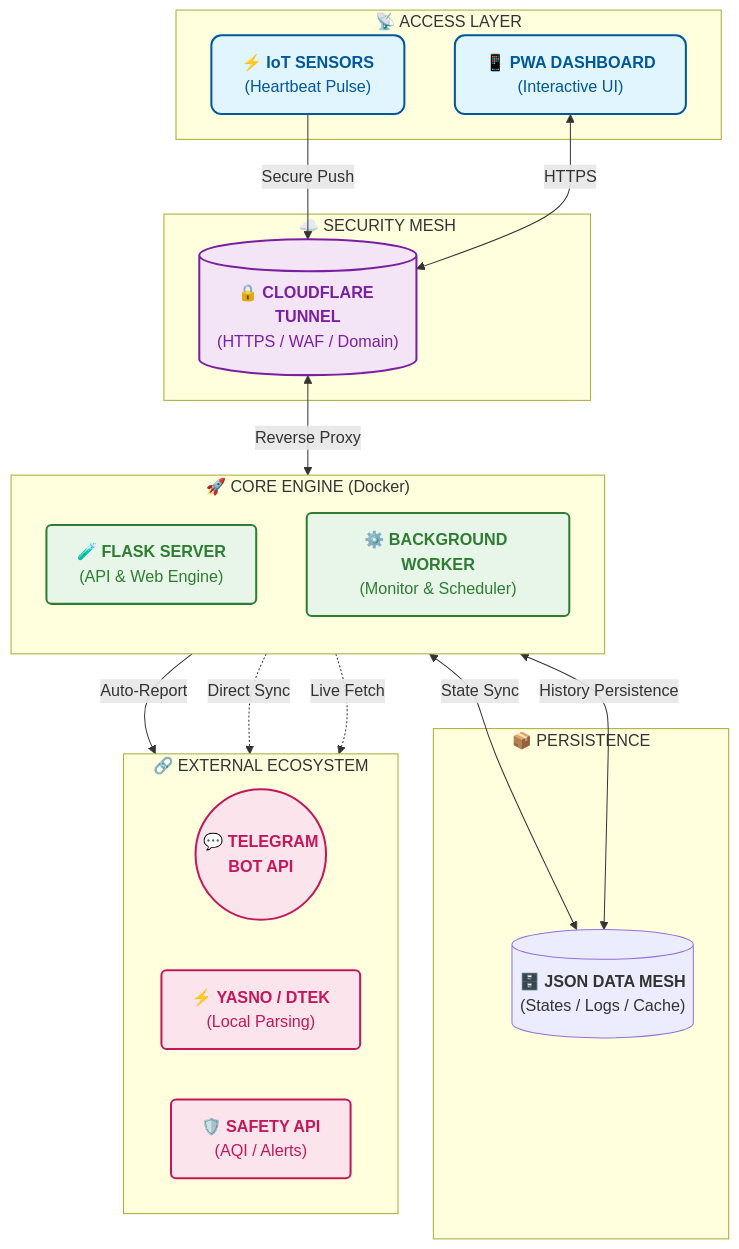
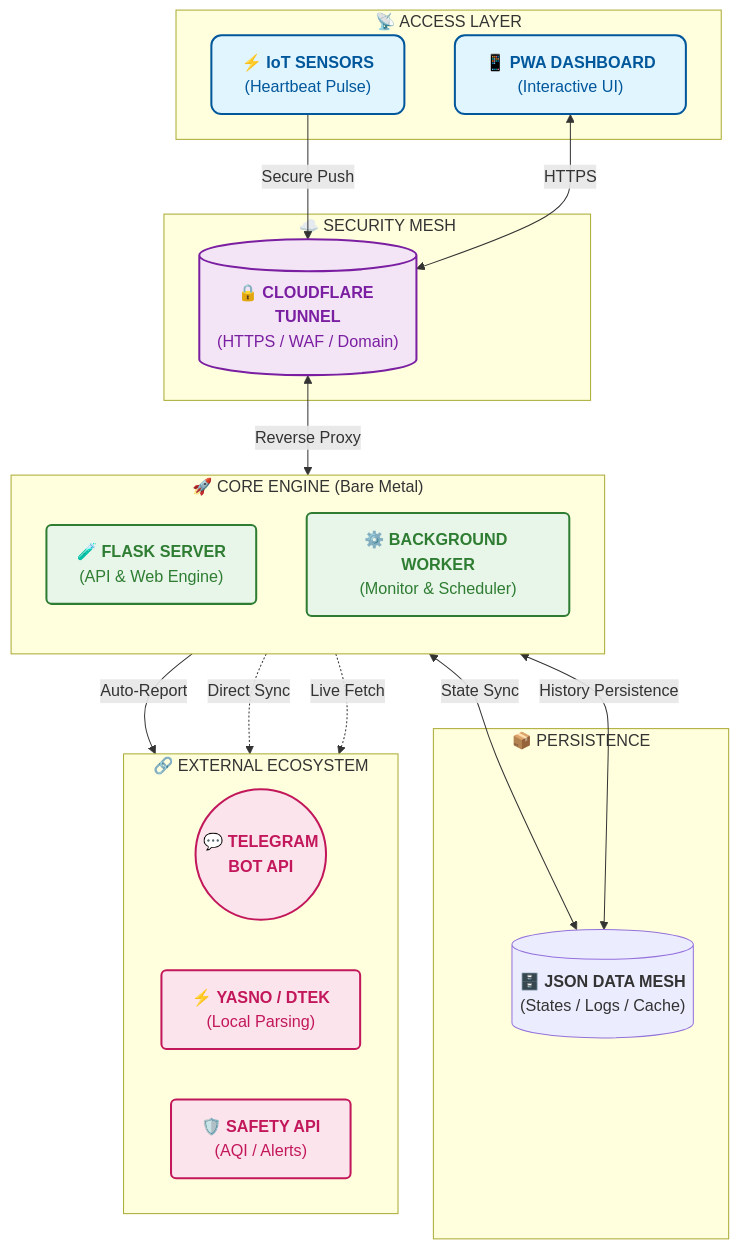
One commit to weby-homelab/flash-monitor-kyiv changed the diagram in README.md. Above: the diagram before and after it, drawn with Mermaid. The commit also changed other lines of this file and 1 other file, not shown here.

Commit message:
Docs: Update branding to BARE METAL Edition for classic branch

````diff
--- a/README.md
+++ b/README.md
@@ -90,59 +90,59 @@
 ```mermaid
 flowchart TD
     %% -- Style Definitions --
     classDef access fill:#e1f5fe,stroke:#01579b,stroke-width:2px,color:#01579b,rx:10,ry:10
     classDef network fill:#f3e5f5,stroke:#7b1fa2,stroke-width:2px,color:#7b1fa2,rx:5,ry:5
     classDef core fill:#e8f5e9,stroke:#2e7d32,stroke-width:2px,color:#2e7d32,rx:5,ry:5
     classDef data fill:#fff3e0,stroke:#e65100,stroke-width:2px,color:#e65100,rx:10,ry:10
     classDef external fill:#fce4ec,stroke:#c2185b,stroke-width:2px,color:#c2185b,rx:5,ry:5
 
     %% -- Access Layer --
     subgraph Access ["📡 ACCESS LAYER"]
         IoT["⚡ <b>IoT SENSORS</b><br/>(Heartbeat Pulse)"]
         PWA["📱 <b>PWA DASHBOARD</b><br/>(Interactive UI)"]
     end
 
     %% -- Network Layer --
     subgraph Network ["☁️ SECURITY MESH"]
         CF[("🔒 <b>CLOUDFLARE TUNNEL</b><br/>(HTTPS / WAF / Domain)")]
     end
 
     %% -- Core Engine --
-    subgraph Core ["🚀 CORE ENGINE (Docker)"]
+    subgraph Core ["🚀 CORE ENGINE (Bare Metal)"]
         direction TB
         WEB["🧪 <b>FLASK SERVER</b><br/>(API & Web Engine)"]
         WORKER["⚙️ <b>BACKGROUND WORKER</b><br/>(Monitor & Scheduler)"]
     end
 
     %% -- Data Layer --
     subgraph Storage ["📦 PERSISTENCE"]
         JSON[("🗄️ <b>JSON DATA MESH</b><br/>(States / Logs / Cache)")]
     end
 
     %% -- External Ecosystem --
     subgraph Integration ["🔗 EXTERNAL ECOSYSTEM"]
         direction LR
         TG(("💬 <b>TELEGRAM<br/>BOT API</b>"))
         DTEK["⚡ <b>YASNO / DTEK</b><br/>(Local Parsing)"]
         SAFE["🛡️ <b>SAFETY API</b><br/>(AQI / Alerts)"]
     end
 
     %% -- Connections --
     IoT -->|Secure Push| CF
     PWA <-->|HTTPS| CF
     CF <-->|Reverse Proxy| WEB
     
     WEB <-->|State Sync| JSON
     WORKER <-->|History Persistence| JSON
     
     WORKER -->|Auto-Report| TG
     WORKER -.->|Direct Sync| DTEK
     WEB -.->|Live Fetch| SAFE
 
     %% -- Applying Styles --
     class IoT,PWA access
     class CF network
     class WEB,WORKER core
     class JSON storage
     class TG,DTEK,SAFE external
 ```
````
